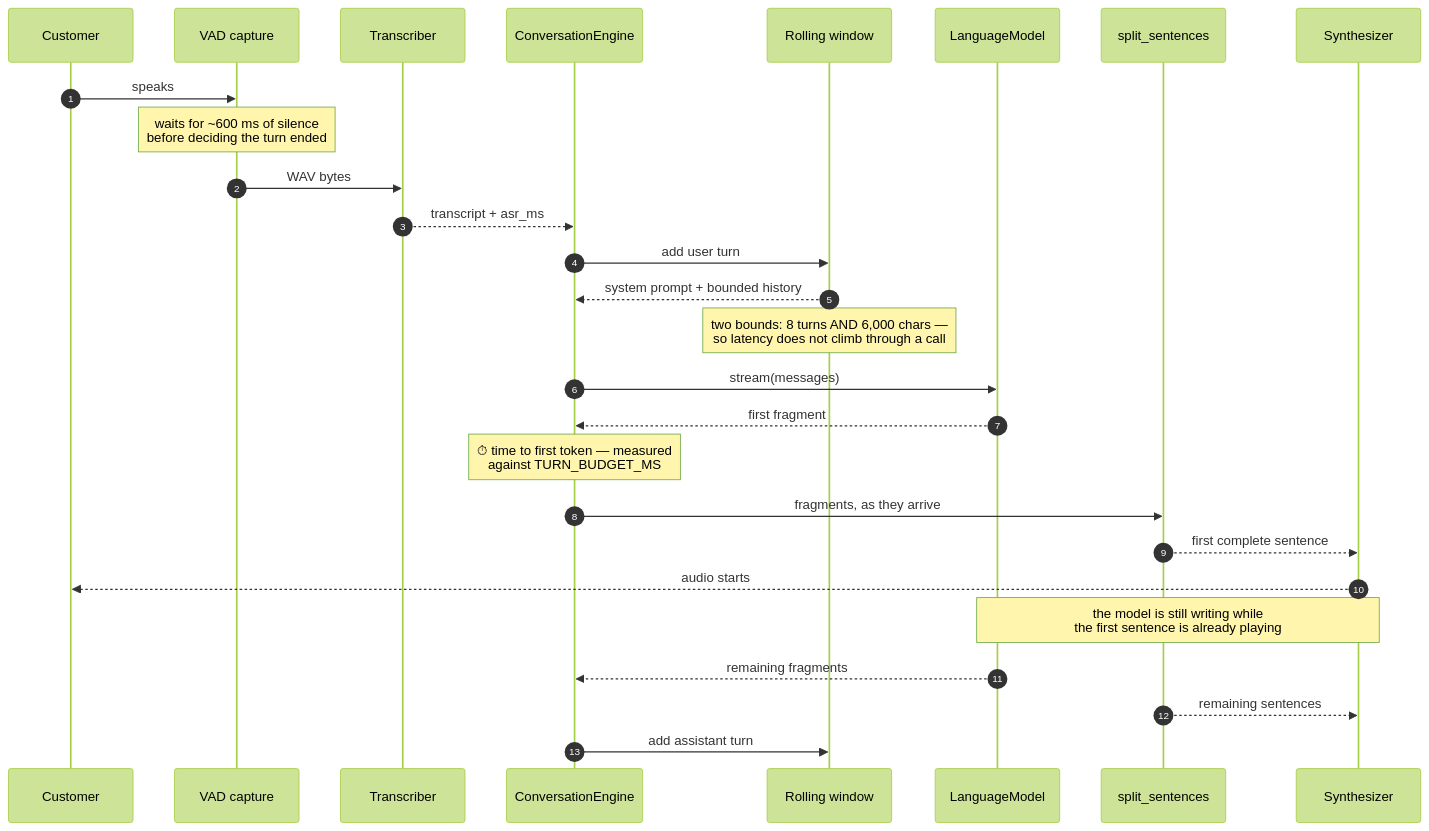
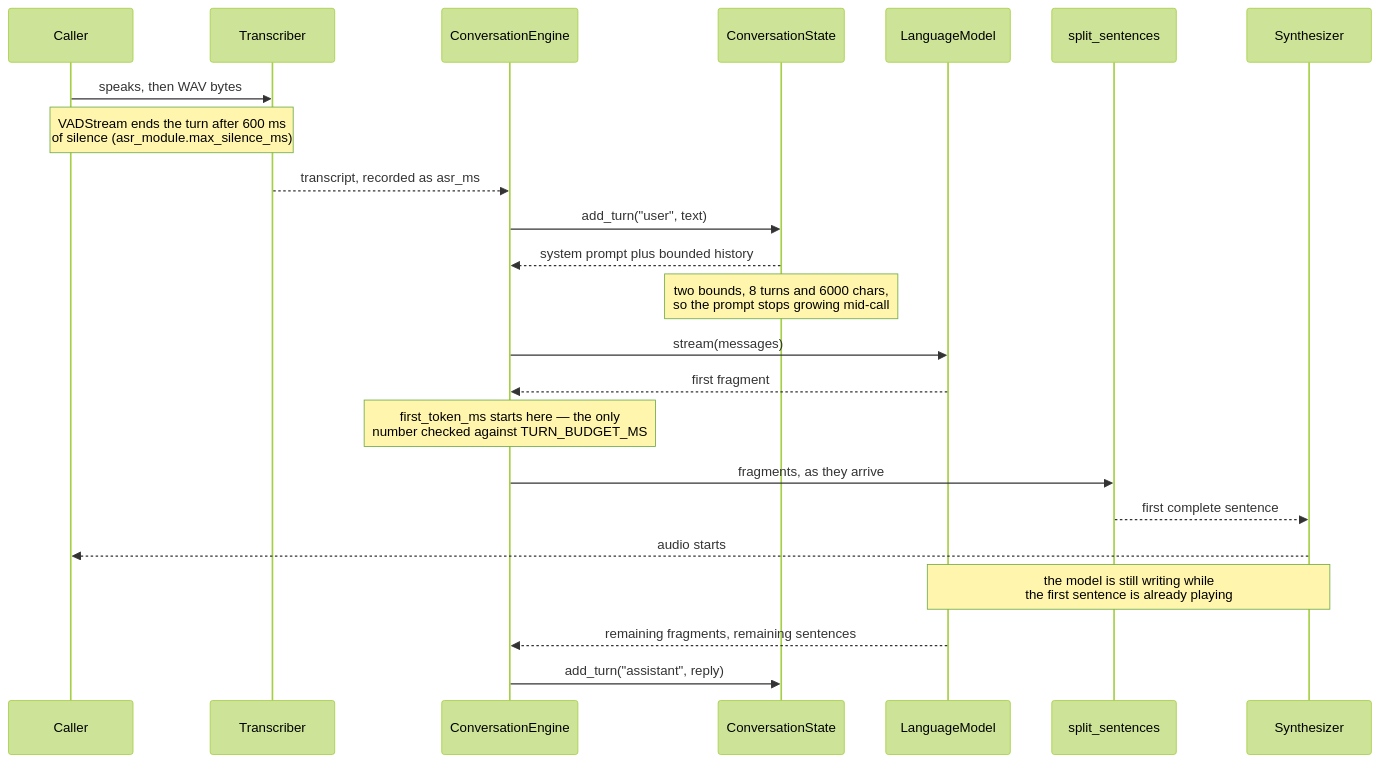
Before and after one commit to dev-sas002/speech-support-coach: the first of 2 diagrams in README.md, drawn with Mermaid (forest theme). The commit also changed other lines of this file, not shown here.

````diff
--- a/README.md
+++ b/README.md
@@ -100,30 +49,26 @@
 ```mermaid
 sequenceDiagram
-    autonumber
-    participant C as Customer
-    participant V as VAD capture
+    participant C as Caller
     participant S as Transcriber
     participant E as ConversationEngine
-    participant W as Rolling window
+    participant W as ConversationState
     participant M as LanguageModel
     participant P as split_sentences
     participant T as Synthesizer
 
-    C->>V: speaks
-    Note over V: waits for ~600 ms of silence<br/>before deciding the turn ended
-    V->>S: WAV bytes
-    S-->>E: transcript + asr_ms
-    E->>W: add user turn
-    W-->>E: system prompt + bounded history
-    Note over W: two bounds: 8 turns AND 6,000 chars —<br/>so latency does not climb through a call
+    C->>S: speaks, then WAV bytes
+    Note over C,S: VADStream ends the turn after 600 ms<br/>of silence (asr_module.max_silence_ms)
+    S-->>E: transcript, recorded as asr_ms
+    E->>W: add_turn("user", text)
+    W-->>E: system prompt plus bounded history
+    Note over W: two bounds, 8 turns and 6000 chars,<br/>so the prompt stops growing mid-call
     E->>M: stream(messages)
     M-->>E: first fragment
-    Note over E: ⏱ time to first token — measured<br/>against TURN_BUDGET_MS
+    Note over E: first_token_ms starts here — the only<br/>number checked against TURN_BUDGET_MS
     E->>P: fragments, as they arrive
     P-->>T: first complete sentence
     T-->>C: audio starts
     Note over M,T: the model is still writing while<br/>the first sentence is already playing
-    M-->>E: remaining fragments
-    P-->>T: remaining sentences
-    E->>W: add assistant turn
+    M-->>E: remaining fragments, remaining sentences
+    E->>W: add_turn("assistant", reply)
 ```
````
